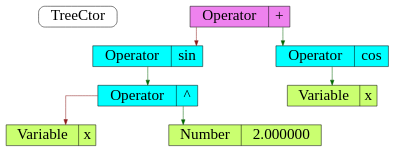
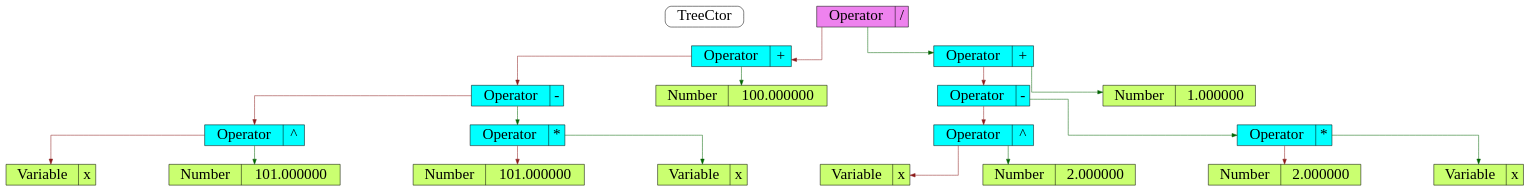
Before and after one commit to lednikita0481/Differenciator: the diagram in dump_dot.dot, drawn with Graphviz. The commit also changed 10 other files, not shown here.

```diff
--- a/dump_dot.dot
+++ b/dump_dot.dot
@@ -1,38 +1,98 @@
 digraph{
 nodesep = 2;
 splines = "ortho";
 node [ shape=record, style = rounded, fontsize = 30];
-cell_func [label = "TreeCtor"]cell_6 [label = "Operator|+"
+cell_func [label = "TreeCtor"]cell_18 [label = "Operator|/"
  style = filled
  fillcolor = violet ]
-cell_0 [label = "Operator|sin"
+cell_8 [label = "Operator|+"
  style = filled
  fillcolor = cyan1 
 ]
-cell_6->cell_0[color = firebrick4]
-cell_3 [label = "Operator|^"
+cell_18->cell_8[color = firebrick4]
+cell_6 [label = "Operator|-"
  style = filled
  fillcolor = cyan1 
 ]
-cell_0->cell_3[color = darkgreen]
-cell_1 [label = "Variable|x"
+cell_8->cell_6[color = firebrick4]
+cell_2 [label = "Operator|^"
+ style = filled
+ fillcolor = cyan1 
+]
+cell_6->cell_2[color = firebrick4]
+cell_0 [label = "Variable|x"
  style = filled
  fillcolor = darkolivegreen1 
 ]
-cell_3->cell_1[color = firebrick4]
-cell_2 [label = "Number|2.000000"
+cell_2->cell_0[color = firebrick4]
+cell_1 [label = "Number|101.000000"
  style = filled
  fillcolor = darkolivegreen1 
 ]
-cell_3->cell_2[color = darkgreen]
-cell_4 [label = "Operator|cos"
+cell_2->cell_1[color = darkgreen]
+cell_5 [label = "Operator|*"
  style = filled
  fillcolor = cyan1 
 ]
-cell_6->cell_4[color = darkgreen]
-cell_5 [label = "Variable|x"
+cell_6->cell_5[color = darkgreen]
+cell_3 [label = "Number|101.000000"
  style = filled
  fillcolor = darkolivegreen1 
 ]
-cell_4->cell_5[color = darkgreen]
+cell_5->cell_3[color = firebrick4]
+cell_4 [label = "Variable|x"
+ style = filled
+ fillcolor = darkolivegreen1 
+]
+cell_5->cell_4[color = darkgreen]
+cell_7 [label = "Number|100.000000"
+ style = filled
+ fillcolor = darkolivegreen1 
+]
+cell_8->cell_7[color = darkgreen]
+cell_17 [label = "Operator|+"
+ style = filled
+ fillcolor = cyan1 
+]
+cell_18->cell_17[color = darkgreen]
+cell_15 [label = "Operator|-"
+ style = filled
+ fillcolor = cyan1 
+]
+cell_17->cell_15[color = firebrick4]
+cell_11 [label = "Operator|^"
+ style = filled
+ fillcolor = cyan1 
+]
+cell_15->cell_11[color = firebrick4]
+cell_9 [label = "Variable|x"
+ style = filled
+ fillcolor = darkolivegreen1 
+]
+cell_11->cell_9[color = firebrick4]
+cell_10 [label = "Number|2.000000"
+ style = filled
+ fillcolor = darkolivegreen1 
+]
+cell_11->cell_10[color = darkgreen]
+cell_14 [label = "Operator|*"
+ style = filled
+ fillcolor = cyan1 
+]
+cell_15->cell_14[color = darkgreen]
+cell_12 [label = "Number|2.000000"
+ style = filled
+ fillcolor = darkolivegreen1 
+]
+cell_14->cell_12[color = firebrick4]
+cell_13 [label = "Variable|x"
+ style = filled
+ fillcolor = darkolivegreen1 
+]
+cell_14->cell_13[color = darkgreen]
+cell_16 [label = "Number|1.000000"
+ style = filled
+ fillcolor = darkolivegreen1 
+]
+cell_17->cell_16[color = darkgreen]
 }
```
